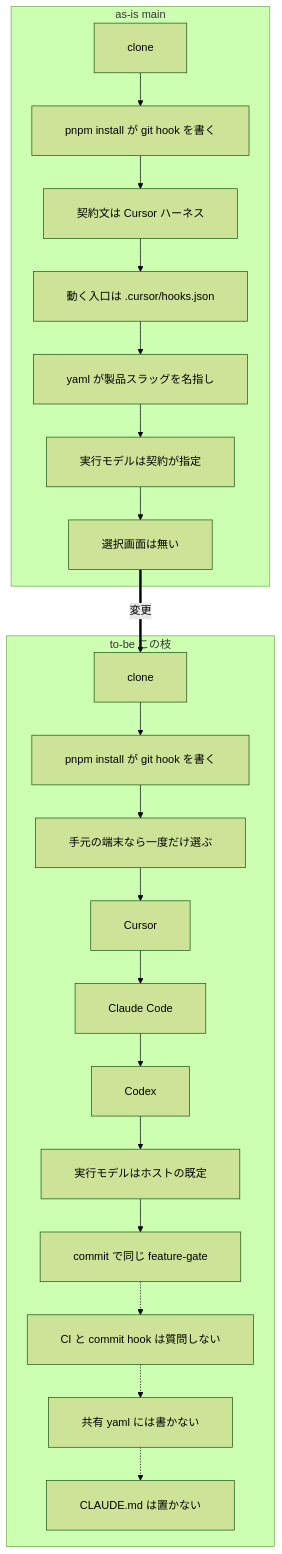
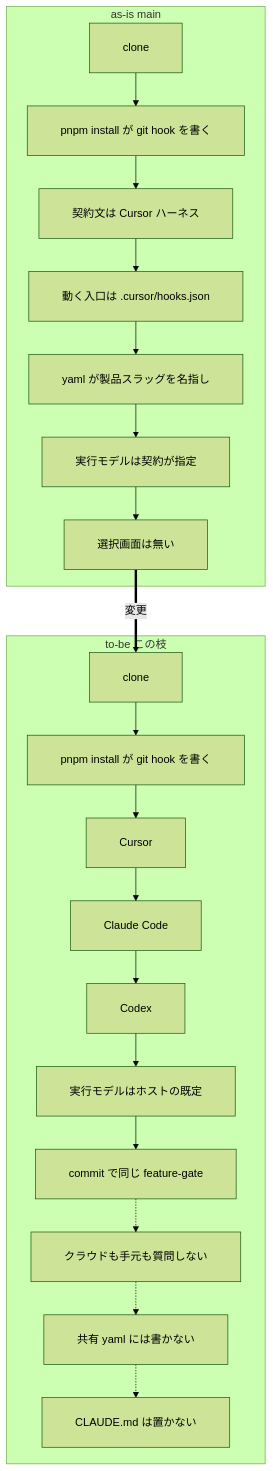
Before and after one commit to marumo333/SuiteLLM: the diagram in docs/architecture/host-entry-as-is-to-be.mmd, drawn with Mermaid (forest theme). The commit also changed 12 other files, not shown here.

```diff
--- a/docs/architecture/host-entry-as-is-to-be.mmd
+++ b/docs/architecture/host-entry-as-is-to-be.mmd
@@ -1,25 +1,24 @@
 %%{init: {"flowchart": {"useMaxWidth": false, "htmlLabels": true, "wrappingWidth": 520, "padding": 24, "nodeSpacing": 40, "rankSpacing": 48, "diagramPadding": 24}}}%%
 flowchart TB
   subgraph asis["as-is main"]
     A0["clone"] --> A1["pnpm install が git hook を書く"]
     A1 --> A2["契約文は Cursor ハーネス"]
     A2 --> A3["動く入口は .cursor/hooks.json"]
     A3 --> A4["yaml が製品スラッグを名指し"]
     A4 --> A5["実行モデルは契約が指定"]
     A5 --> A6["選択画面は無い"]
   end
 
   A6 ==>|変更| B0
 
   subgraph tobe["to-be この枝"]
     B0["clone"] --> B1["pnpm install が git hook を書く"]
-    B1 --> B2["手元の端末なら一度だけ選ぶ"]
-    B2 --> CU["Cursor"]
+    B1 --> CU["Cursor"]
     CU --> CL["Claude Code"]
     CL --> CX["Codex"]
     CX --> BM["実行モデルはホストの既定"]
     BM --> BG["commit で同じ feature-gate"]
-    BG -.-> NQ["CI と commit hook は質問しない"]
+    BG -.-> NQ["クラウドも手元も質問しない"]
     NQ -.-> NY["共有 yaml には書かない"]
     NY -.-> MD["CLAUDE.md は置かない"]
   end
```
